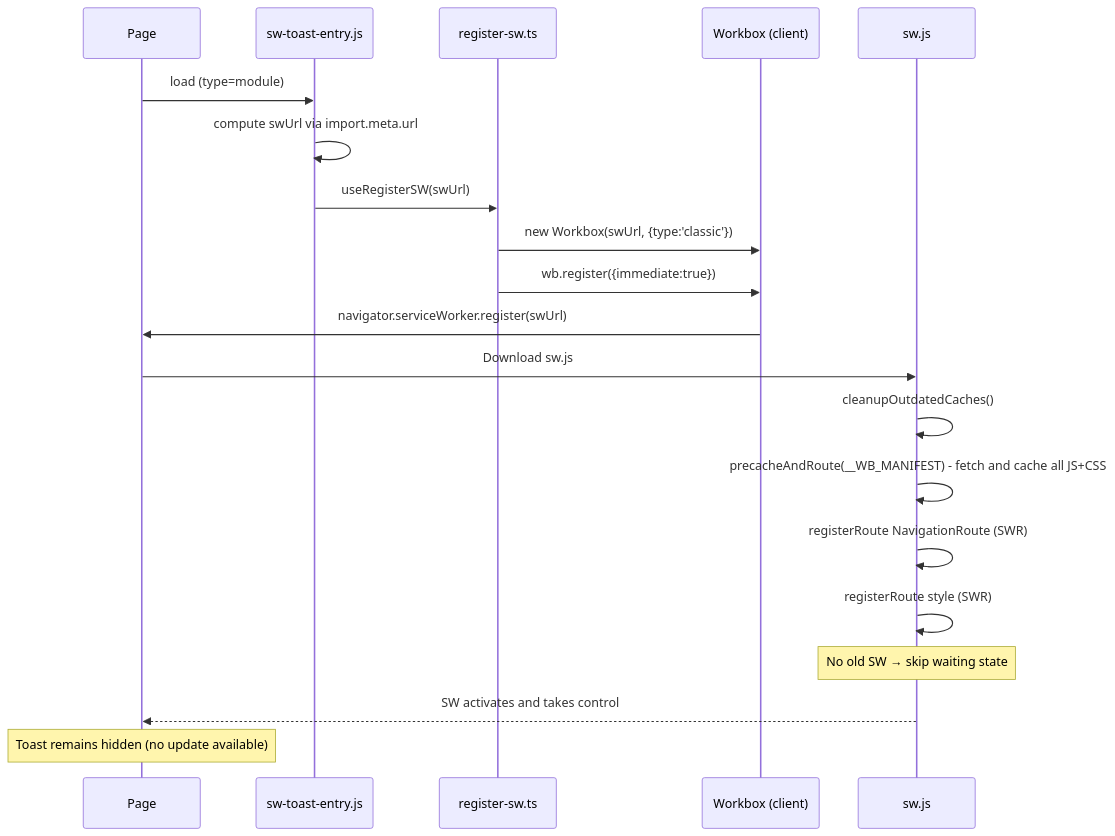
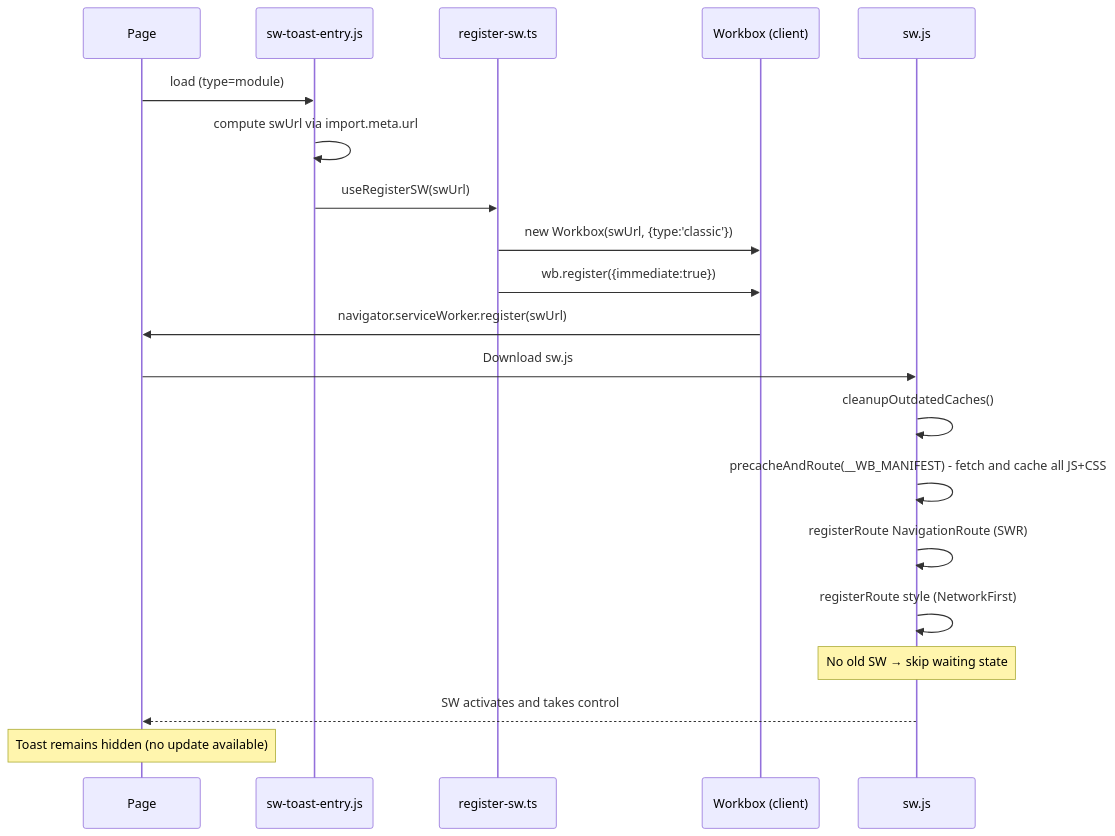
The second of 3 diagrams in docs/SERVICE_WORKER.md (christianacca/spidershop-historical-analysis), drawn with Mermaid before and after one commit. The commit also changed other lines of this file and 38 other files, not shown here.

````diff
--- a/docs/SERVICE_WORKER.md
+++ b/docs/SERVICE_WORKER.md
@@ -136,23 +132,23 @@
 ```mermaid
 sequenceDiagram
     participant Page
     participant Entry as sw-toast-entry.js
     participant Reg as register-sw.ts
     participant WB as Workbox (client)
     participant SW as sw.js
 
     Page->>Entry: load (type=module)
     Entry->>Entry: compute swUrl via import.meta.url
     Entry->>Reg: useRegisterSW(swUrl)
     Reg->>WB: new Workbox(swUrl, {type:'classic'})
     Reg->>WB: wb.register({immediate:true})
     WB->>Page: navigator.serviceWorker.register(swUrl)
     Page->>SW: Download sw.js
     SW->>SW: cleanupOutdatedCaches()
     SW->>SW: precacheAndRoute(__WB_MANIFEST) - fetch and cache all JS+CSS
     SW->>SW: registerRoute NavigationRoute (SWR)
-    SW->>SW: registerRoute style (SWR)
+    SW->>SW: registerRoute style (NetworkFirst)
     Note over SW: No old SW → skip waiting state
     SW-->>Page: SW activates and takes control
     Note over Page: Toast remains hidden (no update available)
 ```
````
